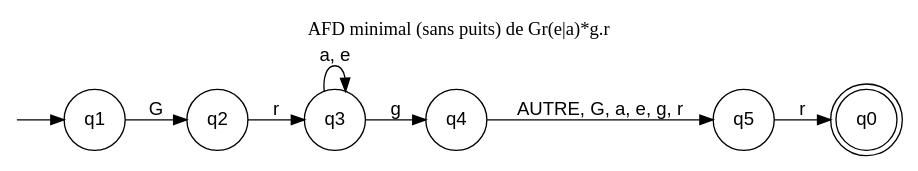
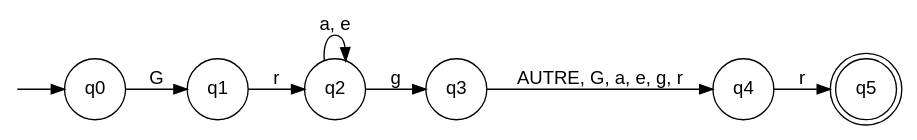
Before and after one commit to YounesMansous/DAAR1: the diagram in rapport/figures/filrouge_afd_min.dot, drawn with Graphviz. The commit also changed 7 other files, not shown here.

```diff
--- a/rapport/figures/filrouge_afd_min.dot
+++ b/rapport/figures/filrouge_afd_min.dot
@@ -1,21 +1,19 @@
 digraph automate {
   rankdir=LR;
-  label="AFD minimal (sans puits) de Gr(e|a)*g.r";
-  labelloc=t;
   node [shape=circle, fontname="Helvetica"];
   edge [fontname="Helvetica"];
   debut [shape=point, width=0];
-  q0 [shape=doublecircle];
+  q0;
   q1;
   q2;
   q3;
   q4;
-  q5;
-  debut -> q1;
-  q1 -> q2 [label="G"];
-  q2 -> q3 [label="r"];
-  q3 -> q3 [label="a, e"];
-  q3 -> q4 [label="g"];
-  q4 -> q5 [label="AUTRE, G, a, e, g, r"];
-  q5 -> q0 [label="r"];
+  q5 [shape=doublecircle];
+  debut -> q0;
+  q0 -> q1 [label="G"];
+  q1 -> q2 [label="r"];
+  q2 -> q2 [label="a, e"];
+  q2 -> q3 [label="g"];
+  q3 -> q4 [label="AUTRE, G, a, e, g, r"];
+  q4 -> q5 [label="r"];
 }
```
